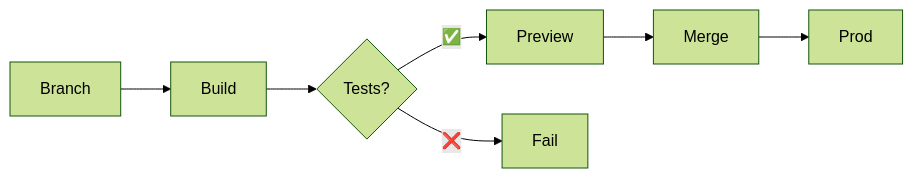
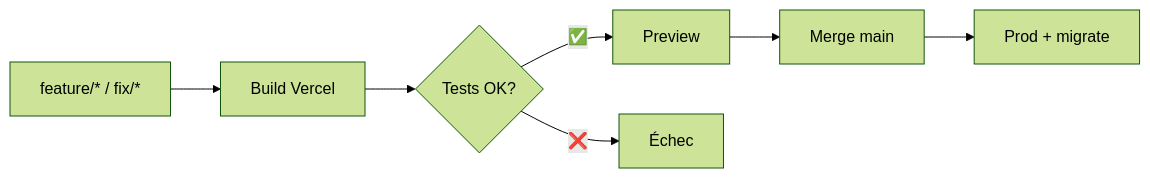
The fourth of 5 diagrams in slides.md (Adrien490/bloc-3), drawn with Mermaid (forest theme) before and after one commit. The commit also changed other lines of this file, not shown here.

Commit message:
Fix: Repositionnement du schéma Pipeline en bas à gauche et agrandissement
- Déplacé le schéma en bas à gauche sous le titre
- Restauré les libellés complets pour plus de détail
- Supprimé la structure flexbox complexe
- Schéma plus gros et mieux positionné

````diff
--- a/slides.md
+++ b/slides.md
@@ -437,9 +431,9 @@
 ```mermaid
 graph LR
-    A[Branch] --> B[Build]
-    B --> C{Tests?}
+    A[feature/* / fix/*] --> B[Build Vercel]
+    B --> C{Tests OK?}
     C -->|✅| D[Preview]
-    C -->|❌| E[Fail]
-    D --> F[Merge]
-    F --> G[Prod]
+    C -->|❌| E[Échec]
+    D --> F[Merge main]
+    F --> G[Prod + migrate]
 ```
````
